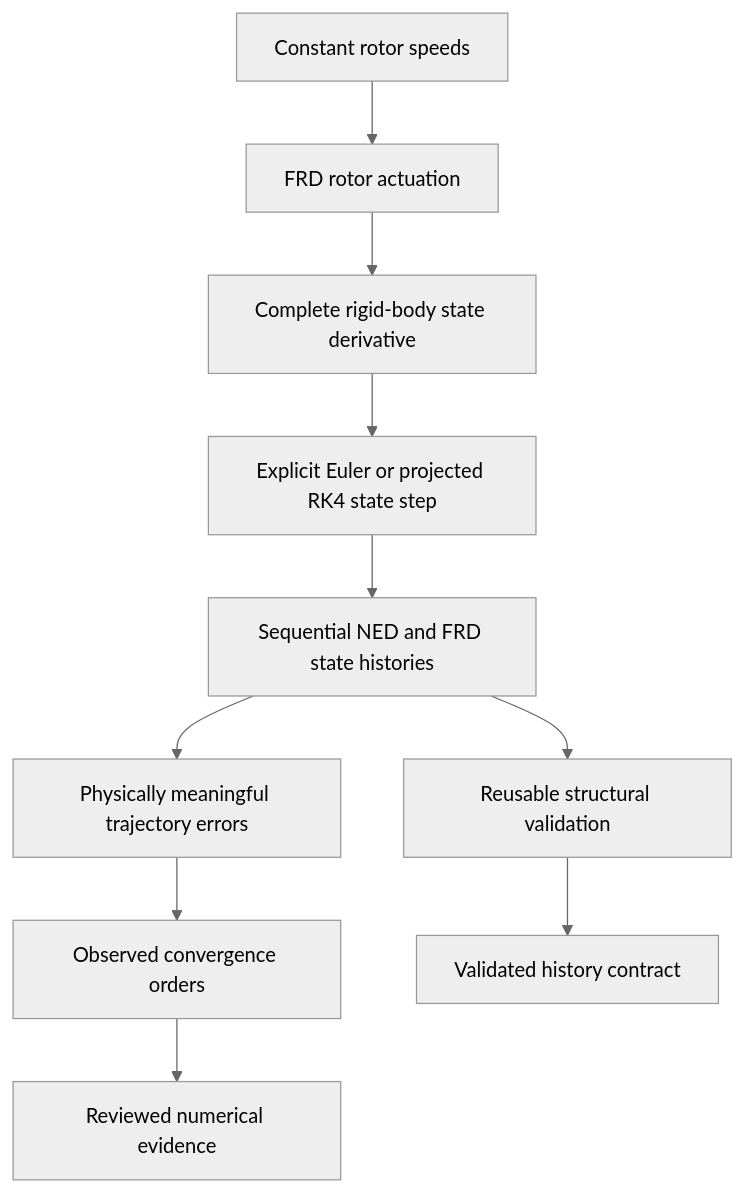
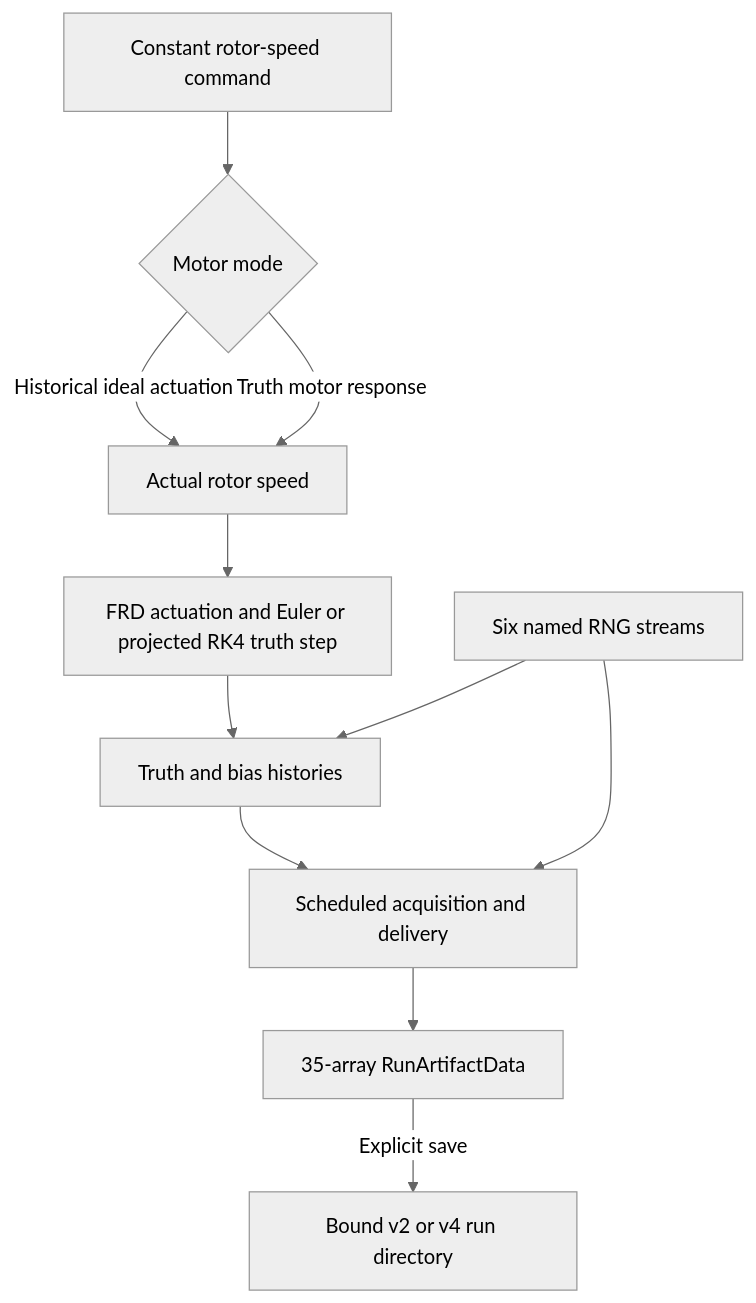
The diagram in README.md (Gayles9/robust-quadrotor), drawn with Mermaid (neutral theme) before and after one commit. The commit also changed other lines of this file and 3 other files, not shown here.

Commit message:
feat: add complete run generation

````diff
--- a/README.md
+++ b/README.md
@@ -95,12 +96,13 @@
 ```mermaid
 flowchart TD
-    A[Constant rotor speeds] --> B[FRD rotor actuation]
-    B --> C[Complete rigid-body state derivative]
-    C --> D[Explicit Euler or projected RK4 state step]
-    D --> E[Sequential NED and FRD state histories]
-    E --> F[Reusable structural validation]
-    E --> G[Physically meaningful trajectory errors]
-    G --> H[Observed convergence orders]
-    F --> I[Validated history contract]
-    H --> J[Reviewed numerical evidence]
+    A[Constant rotor-speed command] --> B{Motor mode}
+    B -->|Historical ideal actuation| C[Actual rotor speed]
+    B -->|Truth motor response| C
+    C --> D[FRD actuation and Euler or projected RK4 truth step]
+    D --> E[Truth and bias histories]
+    E --> F[Scheduled acquisition and delivery]
+    G[Six named RNG streams] --> E
+    G --> F
+    F --> H[35-array RunArtifactData]
+    H -->|Explicit save| I[Bound v2 or v4 run directory]
 ```
````
